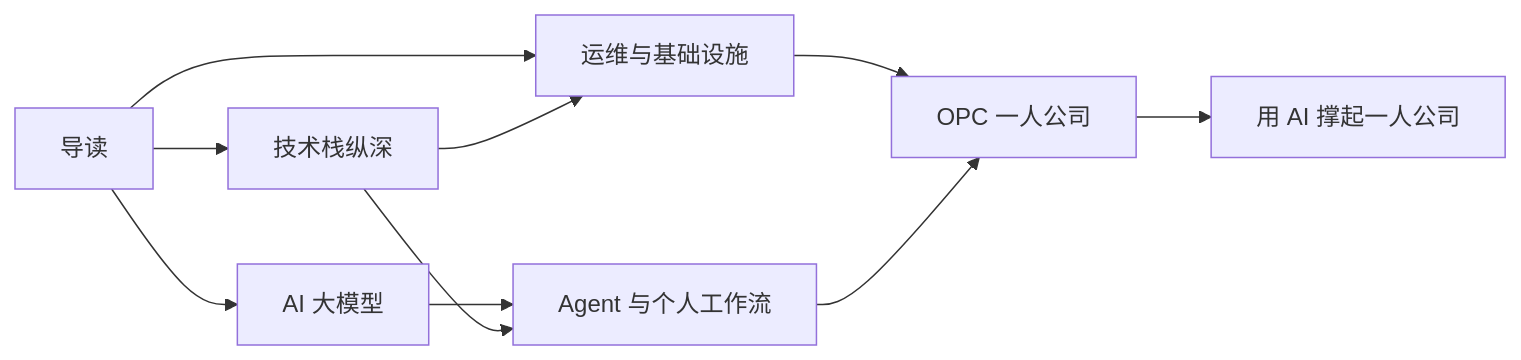
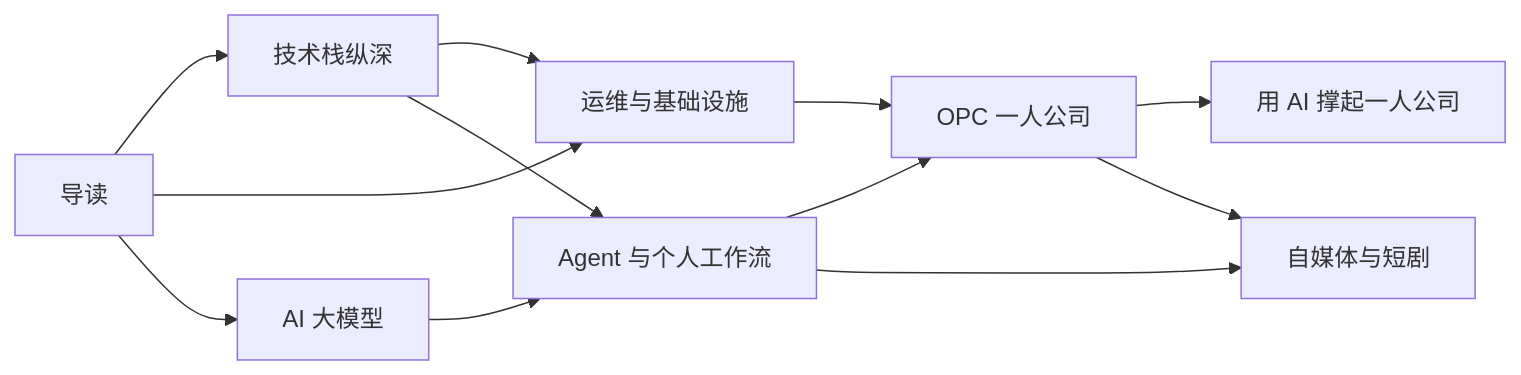
Before and after one commit to jarvis-pro/hatch-shelf: the diagram in books/reading-map/01-how-to-use.md, drawn with Mermaid. The commit also changed other lines of this file and 6 other files, not shown here.

````diff
--- a/books/reading-map/01-how-to-use.md
+++ b/books/reading-map/01-how-to-use.md
@@ -18,12 +19,14 @@
 ```mermaid
 flowchart LR
   G[导读] --> S[技术栈纵深]
   G --> O[运维与基础设施]
   G --> A[AI 大模型]
   A --> AG[Agent 与个人工作流]
   S --> O
   S --> AG
   O --> B[OPC 一人公司]
   AG --> B
   B --> F[用 AI 撑起一人公司]
+  AG --> MD[自媒体与短剧]
+  B --> MD
 ```
````
